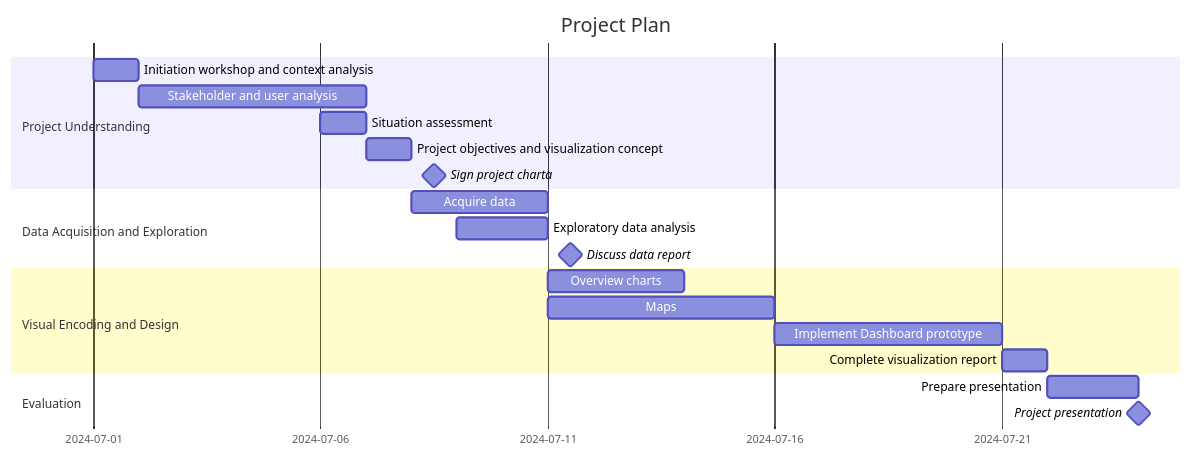
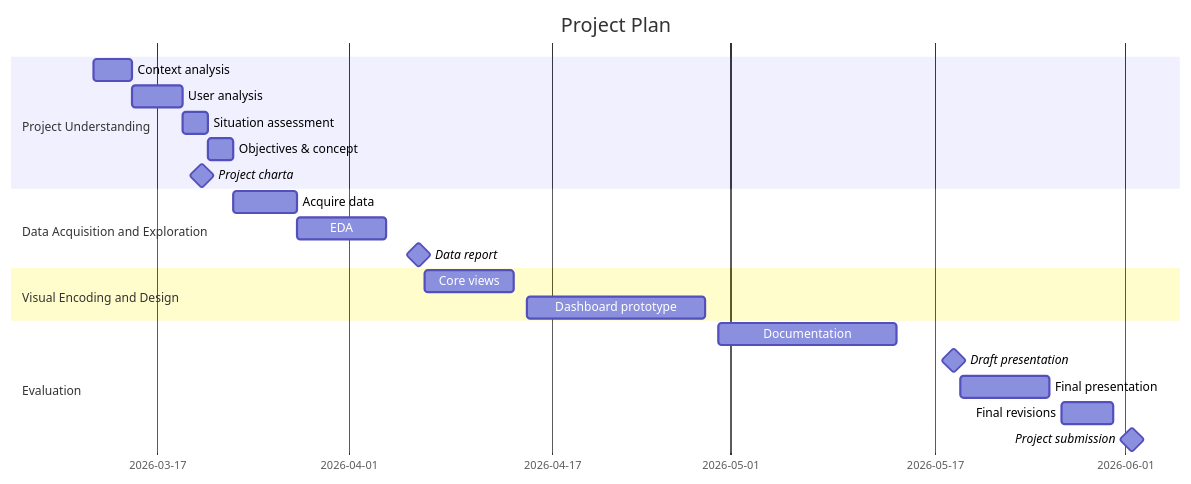
Before and after one commit to podsv-fs26-ad24/ad24-7-fancyproject: the diagram in docs/project_charta.qmd, drawn with Mermaid. The commit also changed other lines of this file, not shown here.

Commit message:
Project Plan
Updated the project plan with new phases, tasks, and milestones for the Carbon Gatekeeper Dashboard. Adjusted Gantt chart details and timelines.

````diff
--- a/docs/project_charta.qmd
+++ b/docs/project_charta.qmd
@@ -198,28 +199,32 @@
 ```{mermaid}
 %%| label: fig-project-plan
-%%| fig-cap: Preliminary project plan in the form of a Gantt chart.
+%%| fig-cap: Preliminary project plan for the Carbon Gatekeeper Dashboard.
 gantt
     title Project Plan
     dateFormat YYYY-MM-DD
-    tickInterval 5day
+    axisFormat %Y-%m-%d
+    tickInterval 16day
+
     section Project Understanding
-        Initiation workshop and context analysis     :a1, 2024-07-01, 1d
-        Stakeholder and user analysis     :a3, 2024-07-02, 5d
-        Situation assessment    :a4, 2024-07-06, 1d
-        Project objectives and visualization concept    :a5, 2024-07-07, 1d
-        Sign project charta: milestone, m1, 2024-07-08, 1d
-    
+        Context analysis             :a1, 2026-03-12, 3d
+        User analysis                :a2, 2026-03-15, 4d
+        Situation assessment         :a3, 2026-03-19, 2d
+        Objectives & concept         :a4, 2026-03-21, 2d
+        Project charta               :milestone, m1, 2026-03-20, 1d
+
     section Data Acquisition and Exploration
-        Acquire data :a6, 2024-07-08, 3d
-        Exploratory data analysis   :a7, 2024-07-09, 2d
-        Discuss data report: milestone, m2, 2024-07-11, 1d
-        
+        Acquire data                 :b1, 2026-03-23, 5d
+        EDA                          :b2, 2026-03-28, 7d
+        Data report                  :milestone, m2, 2026-04-06, 1d
+
     section Visual Encoding and Design
-        Overview charts   :a8, 2024-07-11, 3d
-        Maps :a9, 2024-07-11, 5d
-        Implement Dashboard prototype :a10, 2024-07-16, 5d
-        Complete visualization report :a10, 2024-07-21, 1d
+        Core views                   :c1, 2026-04-07, 7d
+        Dashboard prototype          :c2, 2026-04-15, 14d
+
     section Evaluation
-        Prepare presentation :a10, 2024-07-22, 2d
-        Project presentation : milestone, m2, 2024-07-24, 4m
-```
+        Documentation                :d1, 2026-04-30, 14d
+        Draft presentation           :milestone, m3, 2026-05-18, 1d
+        Final presentation           :d2, 2026-05-19, 7d
+        Final revisions              :d3, 2026-05-27, 4d
+        Project submission           :milestone, m4, 2026-06-01, 1d
+``` 
````
